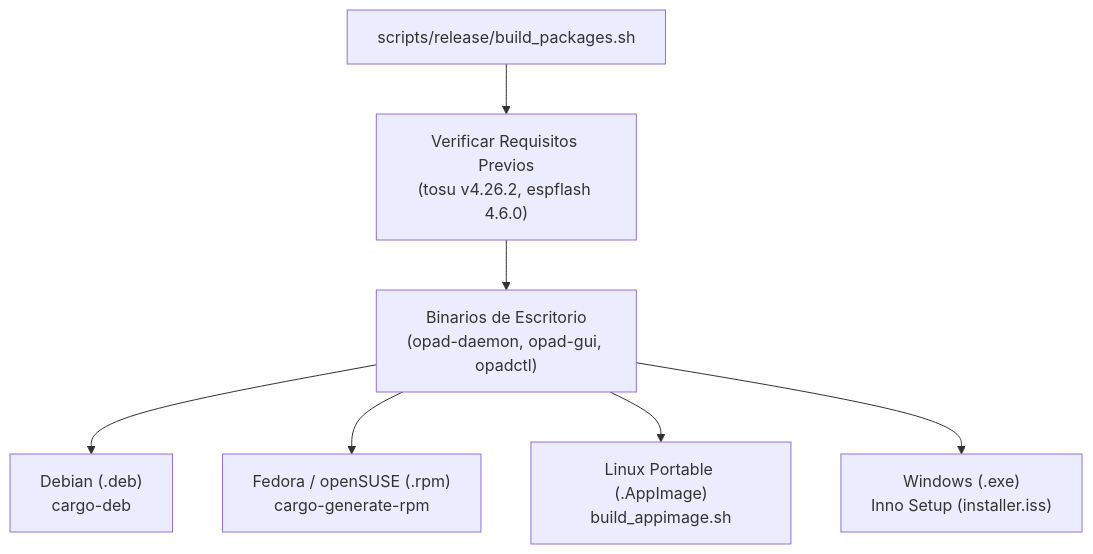
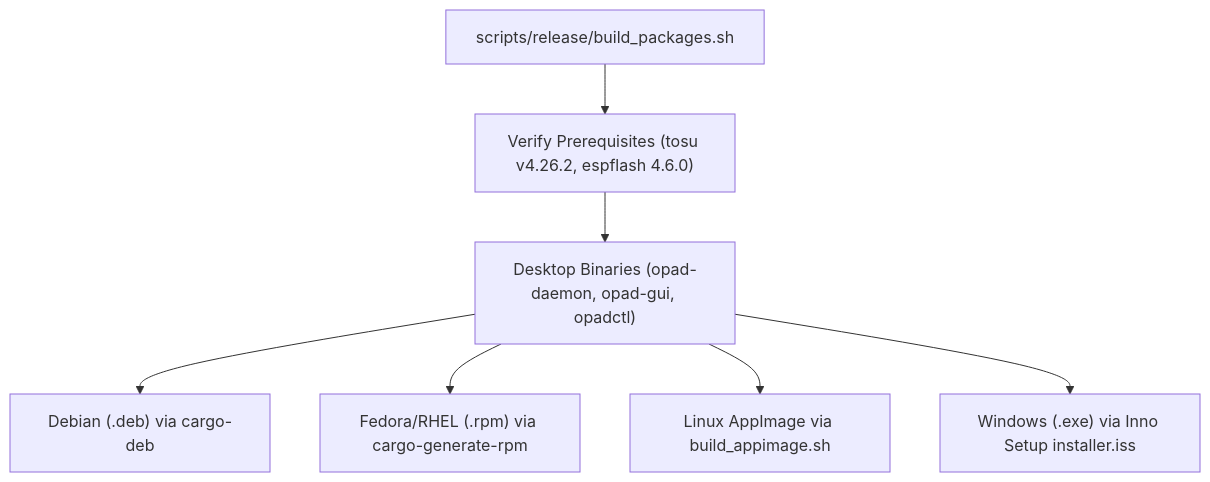
Before and after one commit to OPad-dev/OPad: the diagram in docs/es/develop/packaging.md, drawn with Mermaid. The commit also changed other lines of this file and 1 other file, not shown here.

First line of the commit message:
docs(es/develop): sync and verify packaging against English

````diff
--- a/docs/es/develop/packaging.md
+++ b/docs/es/develop/packaging.md
@@ -22,9 +10,9 @@
 ```mermaid
 flowchart TD
-    Build["scripts/release/build_packages.sh"] --> PreReq["Verificar Requisitos Previos\n(tosu v4.26.2, espflash 4.6.0)"]
-    PreReq --> Binaries["Binarios de Escritorio\n(opad-daemon, opad-gui, opadctl)"]
-    Binaries --> DEB["Debian (.deb)\ncargo-deb"]
-    Binaries --> RPM["Fedora / openSUSE (.rpm)\ncargo-generate-rpm"]
-    Binaries --> AppImage["Linux Portable (.AppImage)\nbuild_appimage.sh"]
-    Binaries --> Windows["Windows (.exe)\nInno Setup (installer.iss)"]
+    Build["scripts/release/build_packages.sh"] --> PreReq["Verify Prerequisites (tosu v4.26.2, espflash 4.6.0)"]
+    PreReq --> Binaries["Desktop Binaries (opad-daemon, opad-gui, opadctl)"]
+    Binaries --> DEB["Debian (.deb) via cargo-deb"]
+    Binaries --> RPM["Fedora/RHEL (.rpm) via cargo-generate-rpm"]
+    Binaries --> AppImage["Linux AppImage via build_appimage.sh"]
+    Binaries --> Windows["Windows (.exe) via Inno Setup installer.iss"]
 ```
````
